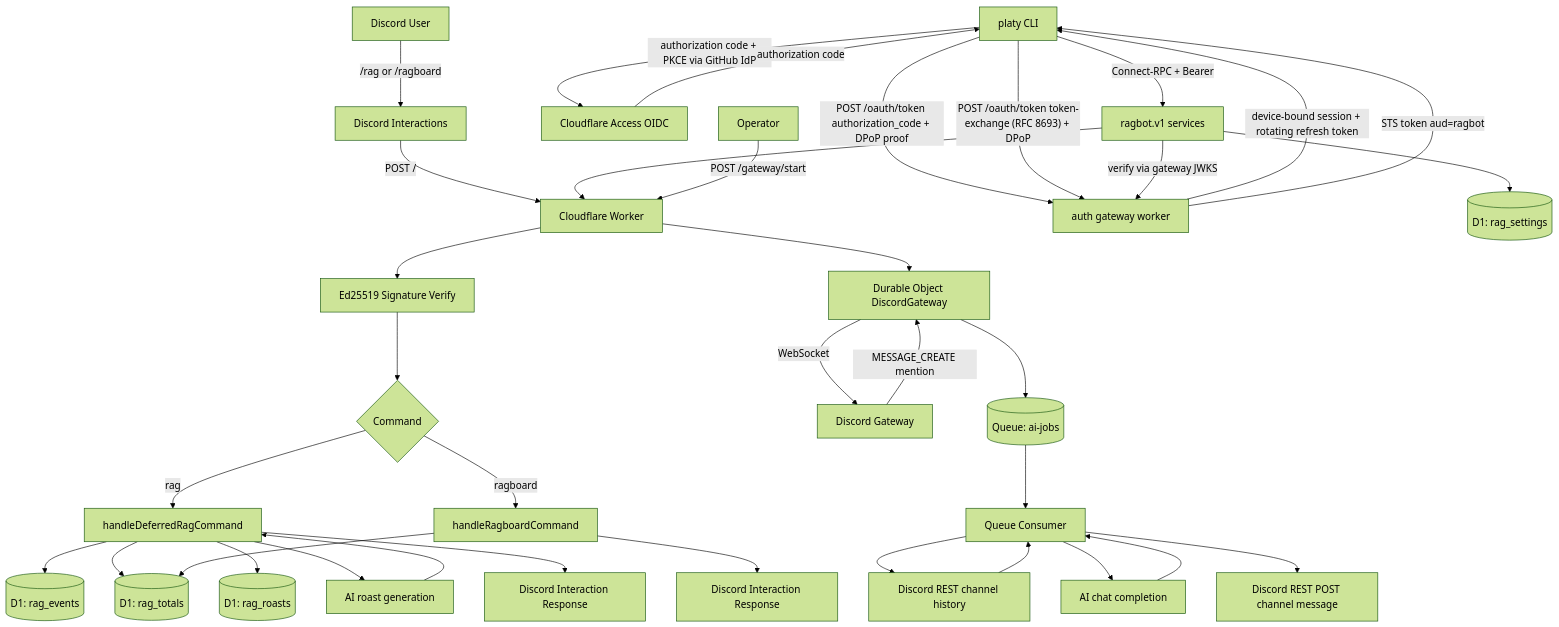
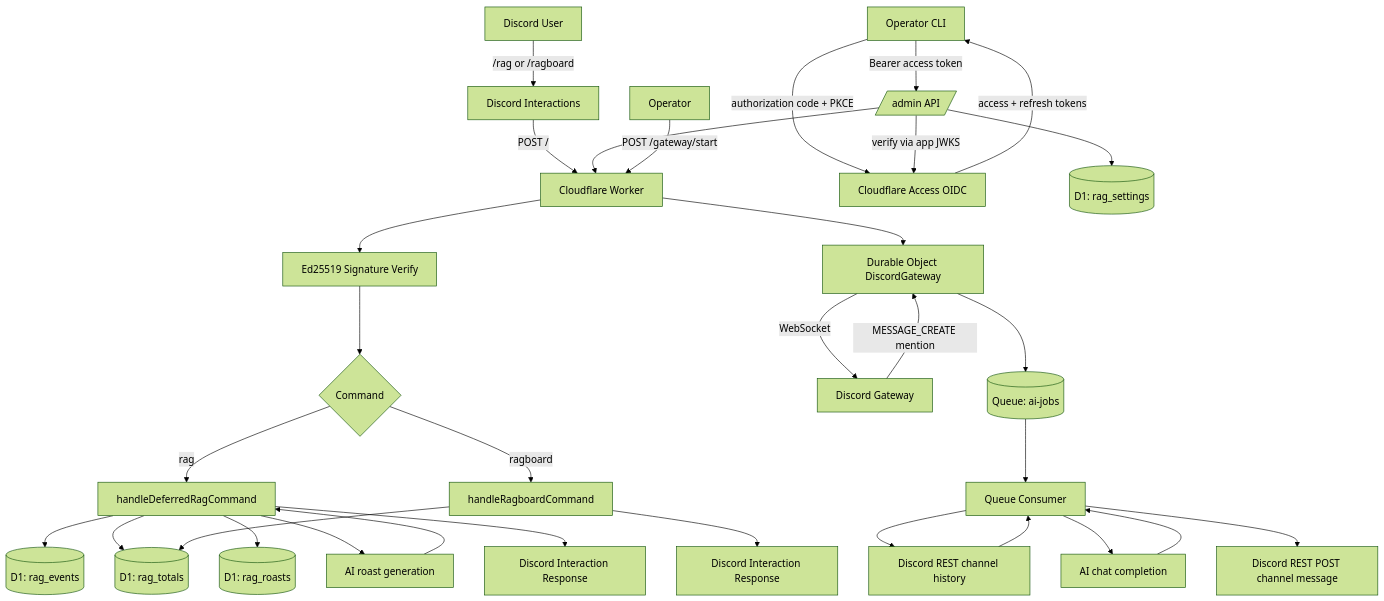
The diagram in README.md (jackm43/rag), drawn with Mermaid (forest theme) before and after one commit. The commit also changed other lines of this file and 365 other files, not shown here.

First line of the commit message:
Revert to root ragbot worker

````diff
--- a/README.md
+++ b/README.md
@@ -38,42 +36,38 @@
 ```mermaid
 flowchart TD
   U[Discord User] -->|/rag or /ragboard| D1[Discord Interactions]
   D1 -->|POST /| W[Cloudflare Worker]
   W --> V[Ed25519 Signature Verify]
   V --> R{Command}
 
   R -->|rag| CR[handleDeferredRagCommand]
   CR --> DB1[(D1: rag_events)]
   CR --> DB2[(D1: rag_totals)]
   CR --> DB3[(D1: rag_roasts)]
   CR --> AI1[AI roast generation]
   AI1 --> CR
   CR --> DResp1[Discord Interaction Response]
 
   R -->|ragboard| CB[handleRagboardCommand]
   CB --> DB2
   CB --> DResp2[Discord Interaction Response]
 
-  Admin[platy CLI] -->|authorization code + PKCE via GitHub IdP| CFA[Cloudflare Access OIDC]
-  CFA -->|authorization code| Admin
-  Admin -->|"POST /oauth/token authorization_code + DPoP proof"| GW[auth gateway worker]
-  GW -->|device-bound session + rotating refresh token| Admin
-  Admin -->|"POST /oauth/token token-exchange (RFC 8693) + DPoP"| GW
-  GW -->|STS token aud=ragbot| Admin
-  Admin -->|Connect-RPC + Bearer| AA[ragbot.v1 services]
-  AA -->|verify via gateway JWKS| GW
+  Admin[Operator CLI] -->|authorization code + PKCE| CFA[Cloudflare Access OIDC]
+  CFA -->|access + refresh tokens| Admin
+  Admin -->|Bearer access token| AA[/admin API/]
+  AA -->|verify via app JWKS| CFA
   AA --> W
   AA --> DB4[(D1: rag_settings)]
 
   Admin2[Operator] -->|POST /gateway/start| W
   W --> DO[Durable Object DiscordGateway]
   DO -->|WebSocket| DG[Discord Gateway]
   DG -->|MESSAGE_CREATE mention| DO
   DO --> Q[(Queue: ai-jobs)]
   Q --> QC[Queue Consumer]
   QC --> H[Discord REST channel history]
   H --> QC
   QC --> AI2[AI chat completion]
   AI2 --> QC
   QC --> DR[Discord REST POST channel message]
 ```
````
